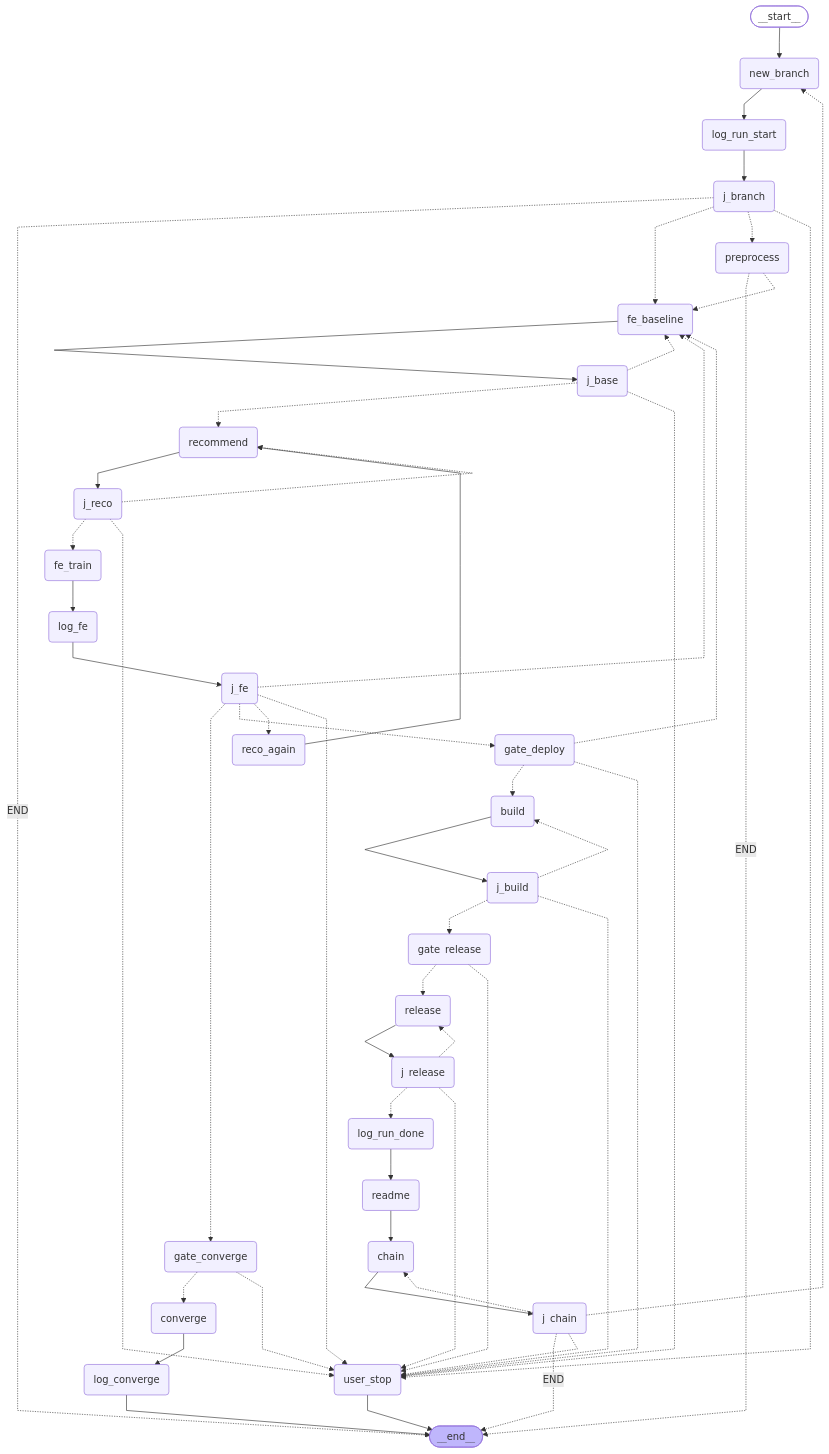
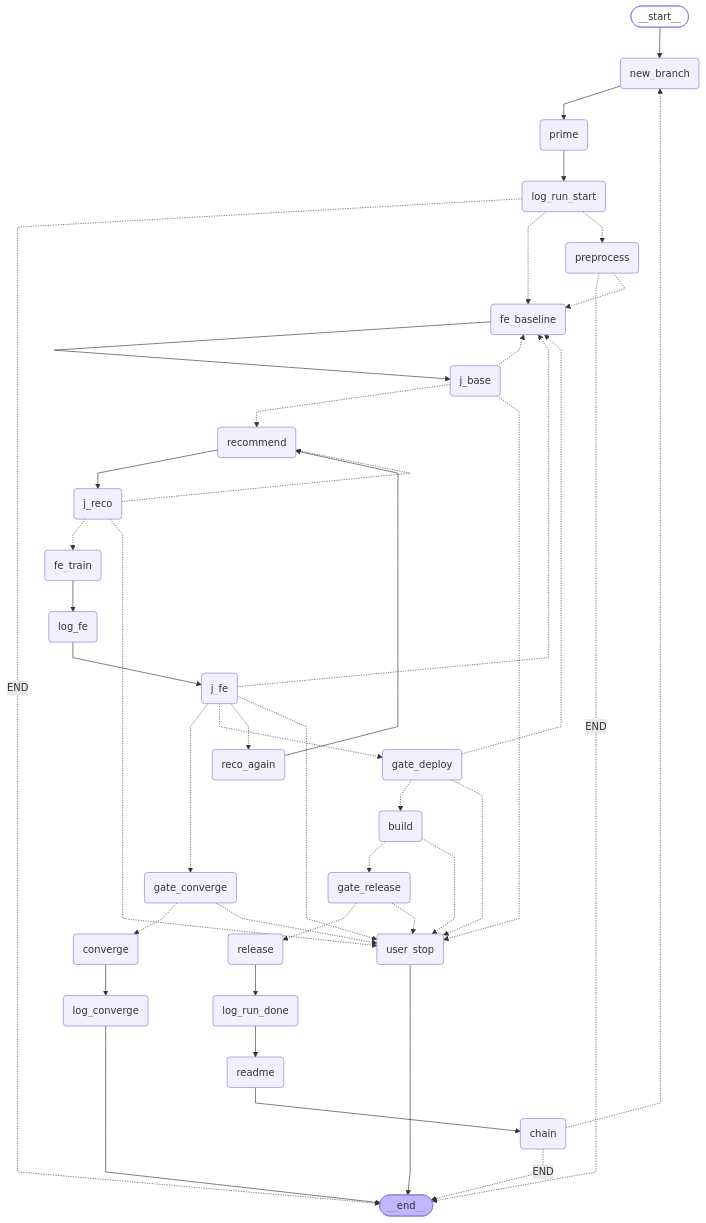
Before and after one commit to JB-Pirate-King/JB-Pirate-King: the second of 2 diagrams in ml/PIPELINE.md, drawn with Mermaid. The commit also changed other lines of this file and 4 other files, not shown here.

```diff
--- a/ml/PIPELINE.md
+++ b/ml/PIPELINE.md
@@ -193,6 +193,7 @@
 graph TD;
 	__start__([__start__]):::first
 	new_branch(new_branch)
+	prime(prime)
 	preprocess(preprocess)
 	fe_baseline(fe_baseline)
 	recommend(recommend)
@@ -211,17 +212,15 @@
 	log_fe(log_fe)
 	log_run_done(log_run_done)
 	log_converge(log_converge)
-	j_branch(j_branch)
 	j_base(j_base)
 	j_reco(j_reco)
 	j_fe(j_fe)
-	j_build(j_build)
-	j_release(j_release)
-	j_chain(j_chain)
 	__end__([__end__]):::last
 	__start__ --> new_branch;
-	build --> j_build;
-	chain --> j_chain;
+	build -.-> gate_release;
+	build -.-> user_stop;
+	chain -.  END  .-> __end__;
+	chain -.-> new_branch;
 	converge --> log_converge;
 	fe_baseline --> j_base;
 	fe_train --> log_fe;
@@ -235,17 +234,6 @@
 	j_base -.-> fe_baseline;
 	j_base -.-> recommend;
 	j_base -.-> user_stop;
-	j_branch -.  END  .-> __end__;
-	j_branch -.-> fe_baseline;
-	j_branch -.-> preprocess;
-	j_branch -.-> user_stop;
-	j_build -.-> build;
-	j_build -.-> gate_release;
-	j_build -.-> user_stop;
-	j_chain -.  END  .-> __end__;
-	j_chain -.-> chain;
-	j_chain -.-> new_branch;
-	j_chain -.-> user_stop;
 	j_fe -.-> fe_baseline;
 	j_fe -.-> gate_converge;
 	j_fe -.-> gate_deploy;
@@ -254,19 +242,19 @@
 	j_reco -.-> fe_train;
 	j_reco -.-> recommend;
 	j_reco -.-> user_stop;
-	j_release -.-> log_run_done;
-	j_release -.-> release;
-	j_release -.-> user_stop;
 	log_fe --> j_fe;
 	log_run_done --> readme;
-	log_run_start --> j_branch;
-	new_branch --> log_run_start;
+	log_run_start -.  END  .-> __end__;
+	log_run_start -.-> fe_baseline;
+	log_run_start -.-> preprocess;
+	new_branch --> prime;
 	preprocess -.  END  .-> __end__;
 	preprocess -.-> fe_baseline;
+	prime --> log_run_start;
 	readme --> chain;
 	reco_again --> recommend;
 	recommend --> j_reco;
-	release --> j_release;
+	release --> log_run_done;
 	log_converge --> __end__;
 	user_stop --> __end__;
 	classDef default fill:#f2f0ff,line-height:1.2
```
